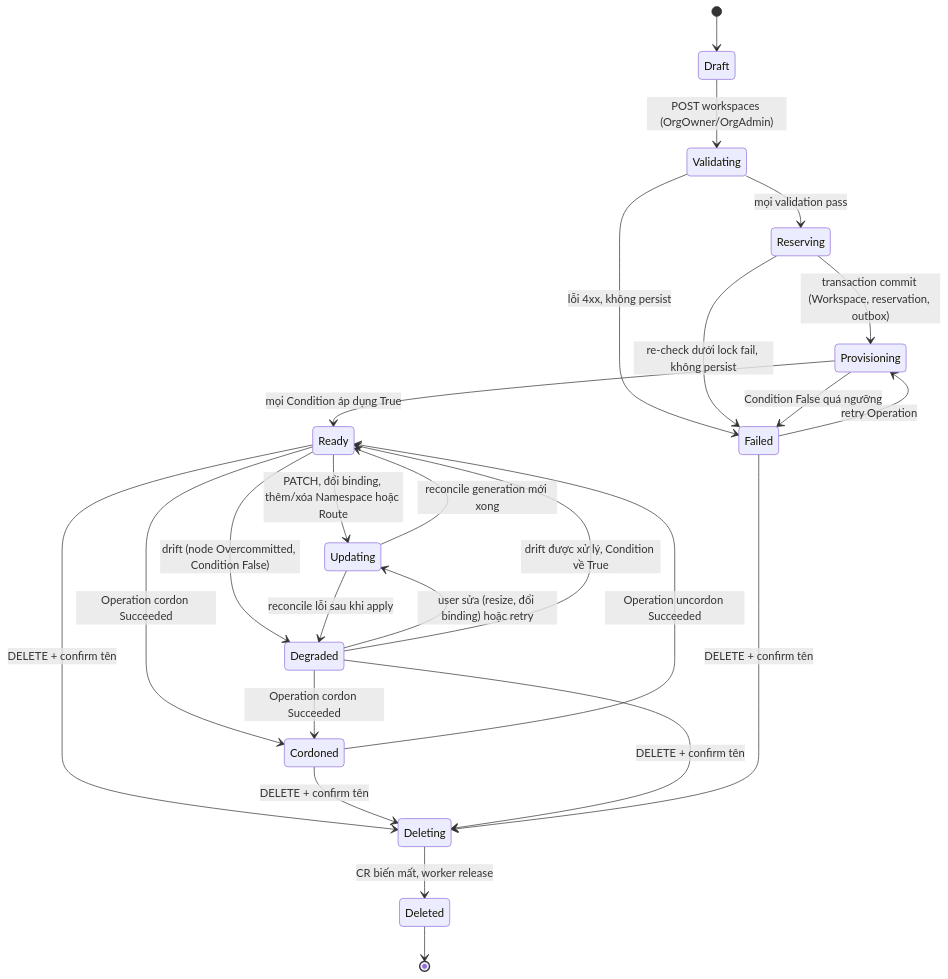
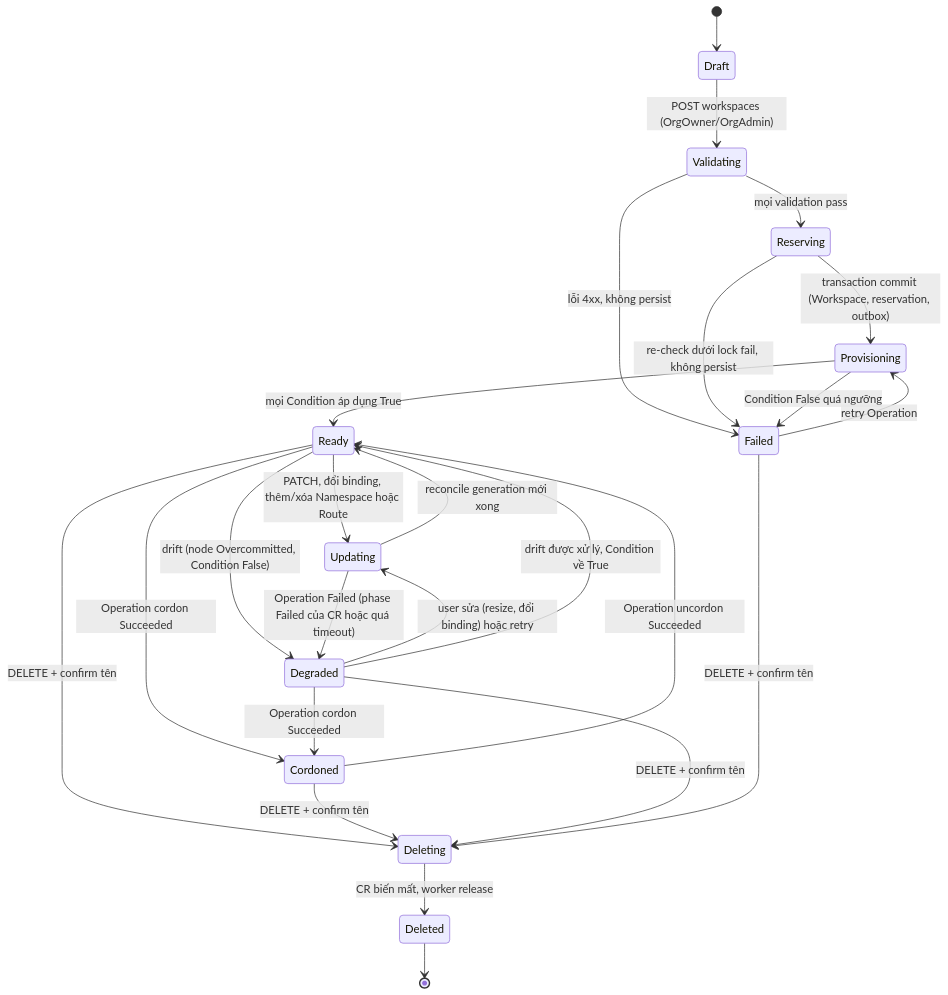
The first of 15 diagrams in docs/architecture/04-state-machines.md (thaihoc1310/tenantry), drawn with Mermaid before and after one commit. The commit also changed other lines of this file, not shown here.

Commit message:
docs(states): a Degraded CR during Provisioning or Updating keeps the operation running until the CR fails or the timeout passes

````diff
--- a/docs/architecture/04-state-machines.md
+++ b/docs/architecture/04-state-machines.md
@@ -32,27 +32,27 @@
 ```mermaid
 stateDiagram-v2
   [*] --> Draft
   Draft --> Validating : POST workspaces (OrgOwner/OrgAdmin)
   Validating --> Reserving : mọi validation pass
   Reserving --> Provisioning : transaction commit (Workspace, reservation, outbox)
   Provisioning --> Ready : mọi Condition áp dụng True
   Ready --> Updating : PATCH, đổi binding, thêm/xóa Namespace hoặc Route
   Updating --> Ready : reconcile generation mới xong
   Ready --> Cordoned : Operation cordon Succeeded
   Degraded --> Cordoned : Operation cordon Succeeded
   Cordoned --> Ready : Operation uncordon Succeeded
   Ready --> Deleting : DELETE + confirm tên
   Cordoned --> Deleting : DELETE + confirm tên
   Degraded --> Deleting : DELETE + confirm tên
   Failed --> Deleting : DELETE + confirm tên
   Deleting --> Deleted : CR biến mất, worker release
   Deleted --> [*]
   Validating --> Failed : lỗi 4xx, không persist
   Reserving --> Failed : re-check dưới lock fail, không persist
   Provisioning --> Failed : Condition False quá ngưỡng
   Failed --> Provisioning : retry Operation
   Ready --> Degraded : drift (node Overcommitted, Condition False)
-  Updating --> Degraded : reconcile lỗi sau khi apply
+  Updating --> Degraded : Operation Failed (phase Failed của CR hoặc quá timeout)
   Degraded --> Updating : user sửa (resize, đổi binding) hoặc retry
   Degraded --> Ready : drift được xử lý, Condition về True
 ```
````
